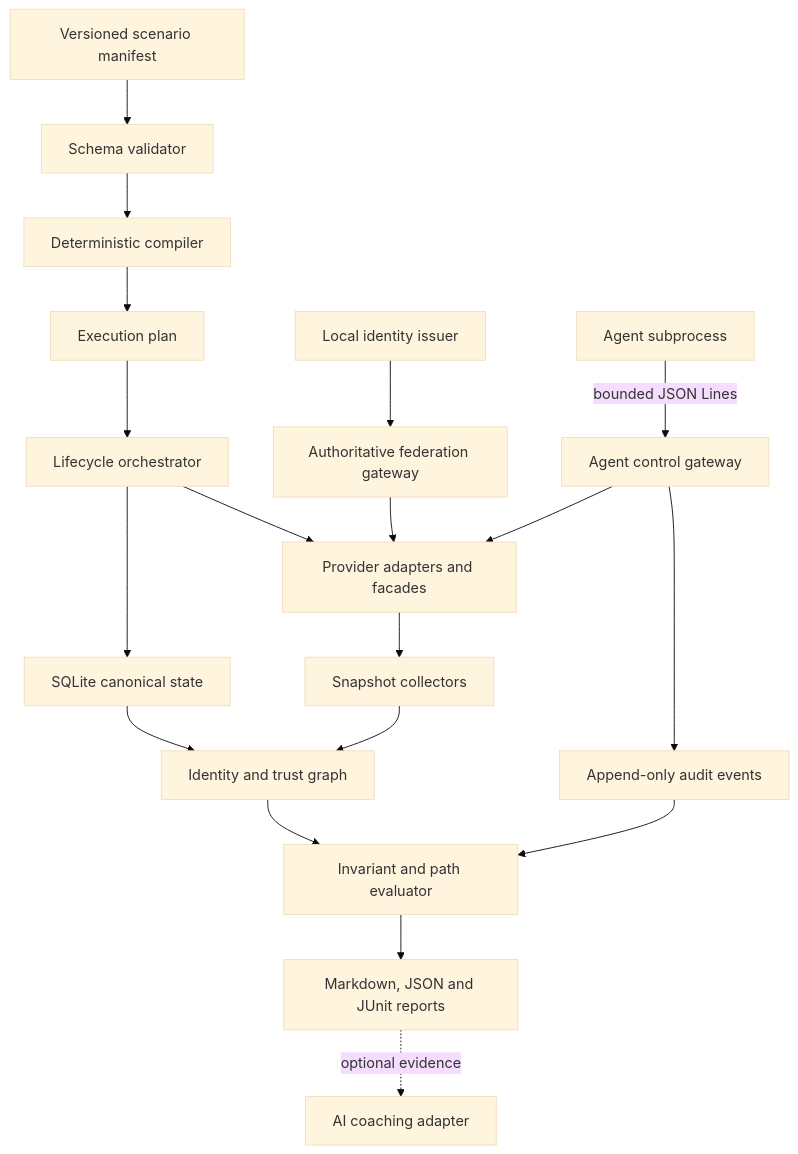
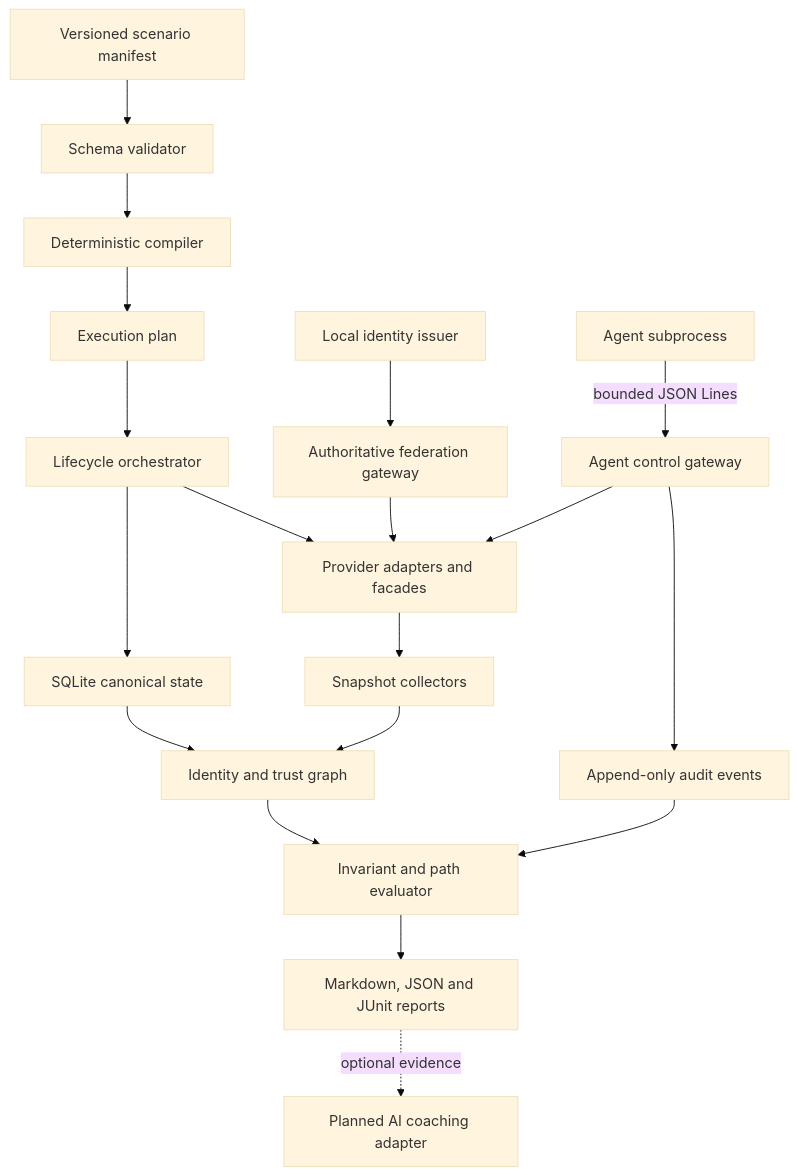
The second of 2 diagrams in docs/02-architecture/system-architecture.md (msinclair25/cailab), drawn with Mermaid (base theme) before and after one commit. The commit also changed other lines of this file and 67 other files, not shown here.

````diff
--- a/docs/02-architecture/system-architecture.md
+++ b/docs/02-architecture/system-architecture.md
@@ -29,21 +29,21 @@
 ```mermaid
 flowchart TD
     Manifest["Versioned scenario manifest"] --> Validator["Schema validator"]
     Validator --> Compiler["Deterministic compiler"]
     Compiler --> Plan["Execution plan"]
     Plan --> Orchestrator["Lifecycle orchestrator"]
     Orchestrator --> State["SQLite canonical state"]
     Orchestrator --> Providers["Provider adapters and facades"]
     State --> Graph["Identity and trust graph"]
     Providers --> Collector["Snapshot collectors"]
     Collector --> Graph
     Issuer["Local identity issuer"] --> Federation["Authoritative federation gateway"]
     Federation --> Providers
     AgentGateway["Agent control gateway"] --> Providers
     AgentGateway --> Audit["Append-only audit events"]
     AgentProcess["Agent subprocess"] -->|"bounded JSON Lines"| AgentGateway
     Graph --> Evaluator["Invariant and path evaluator"]
     Audit --> Evaluator
     Evaluator --> Reporter["Markdown, JSON and JUnit reports"]
-    Reporter -. optional evidence .-> Coach["AI coaching adapter"]
+    Reporter -. optional evidence .-> Coach["Planned AI coaching adapter"]
 ```
````
